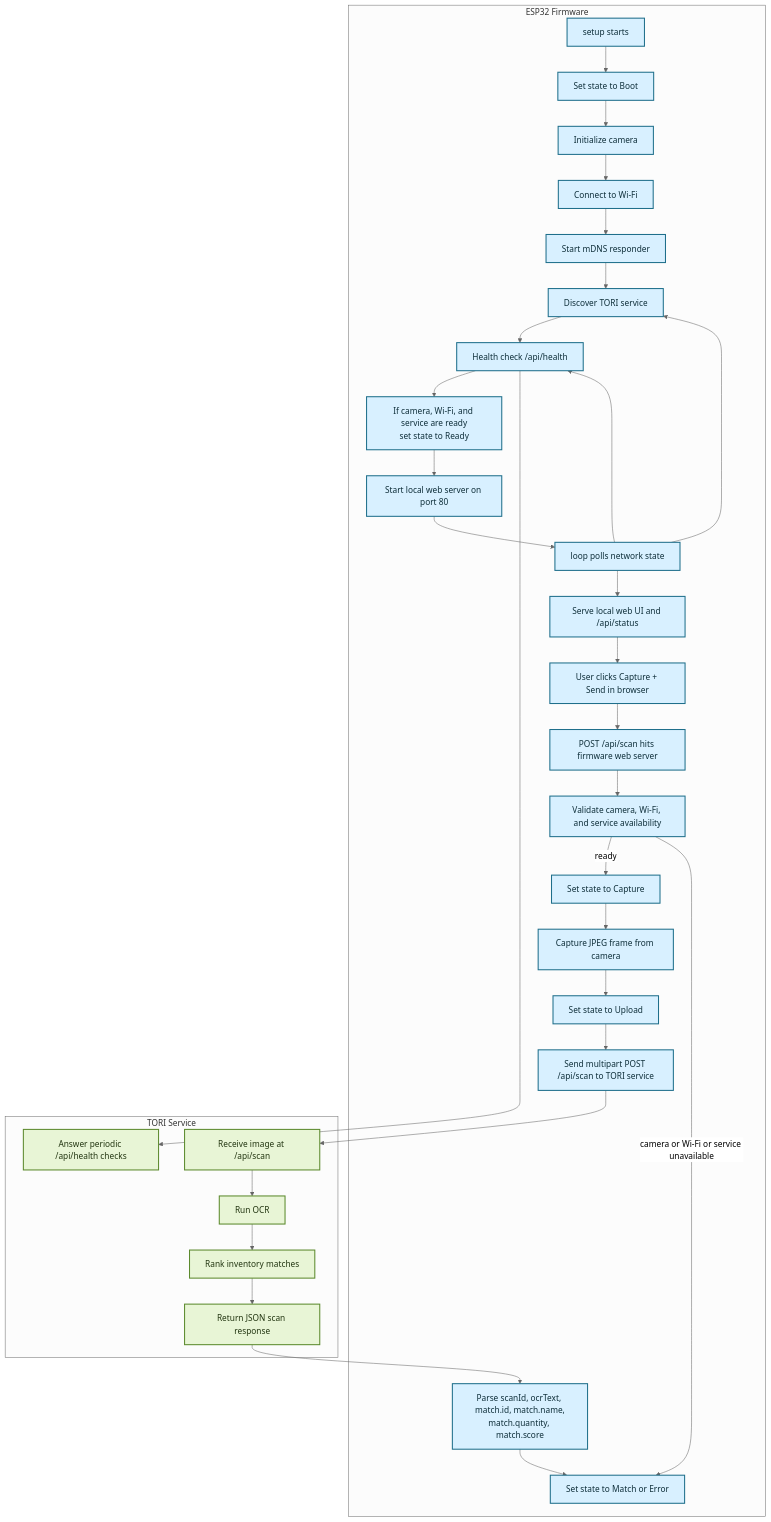
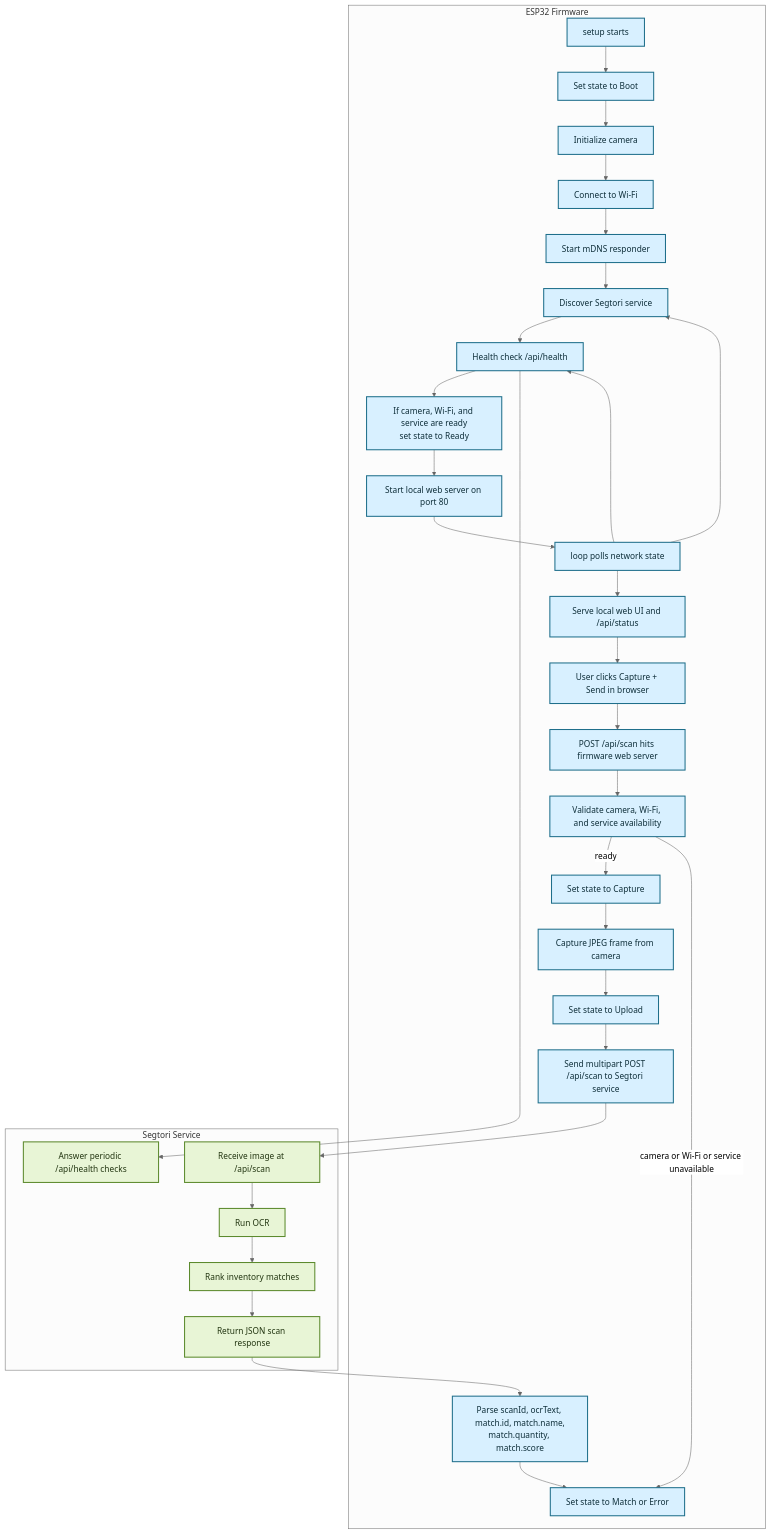
Before and after one commit to Seglectic/segtori: the diagram in firmware/README.md, drawn with Mermaid (neutral theme). The commit also changed other lines of this file and 17 other files, not shown here.

````diff
--- a/firmware/README.md
+++ b/firmware/README.md
@@ -54,47 +54,47 @@
 ```mermaid
 flowchart TD
     subgraph FW[ESP32 Firmware]
         A[setup starts]
         B[Set state to Boot]
         C[Initialize camera]
         D[Connect to Wi-Fi]
         E[Start mDNS responder]
-        F[Discover TORI service]
+        F[Discover Segtori service]
         G[Health check /api/health]
         H[If camera, Wi-Fi, and service are ready<br/>set state to Ready]
         I[Start local web server on port 80]
         J[loop polls network state]
         K[Serve local web UI and /api/status]
         L[User clicks Capture + Send in browser]
         M[POST /api/scan hits firmware web server]
         N[Validate camera, Wi-Fi, and service availability]
         O[Set state to Capture]
         P[Capture JPEG frame from camera]
         Q[Set state to Upload]
-        R[Send multipart POST /api/scan to TORI service]
+        R[Send multipart POST /api/scan to Segtori service]
         S[Parse scanId, ocrText, match.id, match.name,<br/>match.quantity, match.score]
         T[Set state to Match or Error]
     end
 
-    subgraph SRV[TORI Service]
+    subgraph SRV[Segtori Service]
         U[Receive image at /api/scan]
         V[Run OCR]
         W[Rank inventory matches]
         X[Return JSON scan response]
         Y[Answer periodic /api/health checks]
     end
 
     A --> B --> C --> D --> E --> F --> G --> H --> I --> J
     J --> K
     J --> F
     J --> G
     K --> L --> M --> N
     N -->|ready| O --> P --> Q --> R --> U --> V --> W --> X --> S --> T
     N -->|camera or Wi-Fi or service unavailable| T
     G --> Y
 
     classDef firmware fill:#d8f0ff,stroke:#1f6f8b,stroke-width:2px,color:#0f2f3a;
     classDef service fill:#e8f5d6,stroke:#5c8a2d,stroke-width:2px,color:#233612;
     class A,B,C,D,E,F,G,H,I,J,K,L,M,N,O,P,Q,R,S,T firmware;
     class U,V,W,X,Y service;
 ```
````
